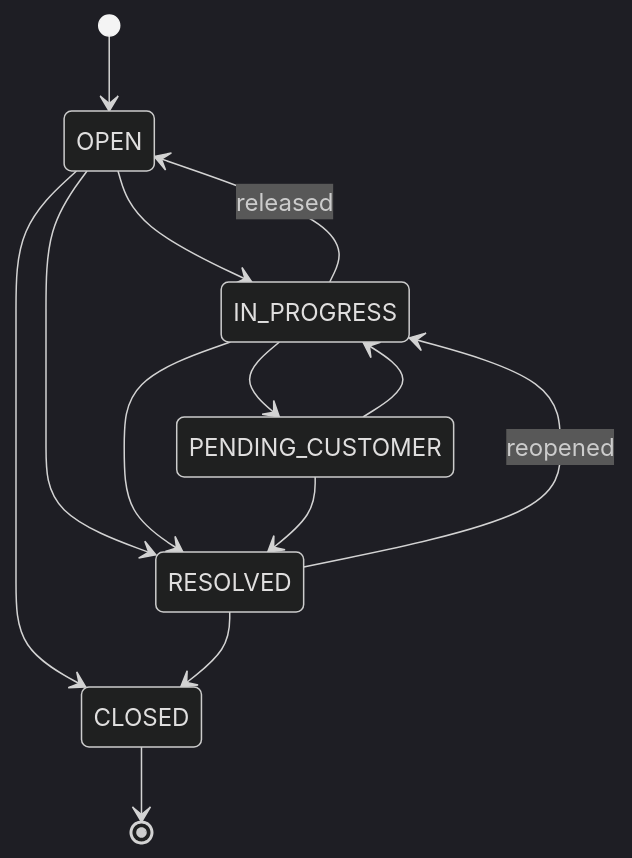
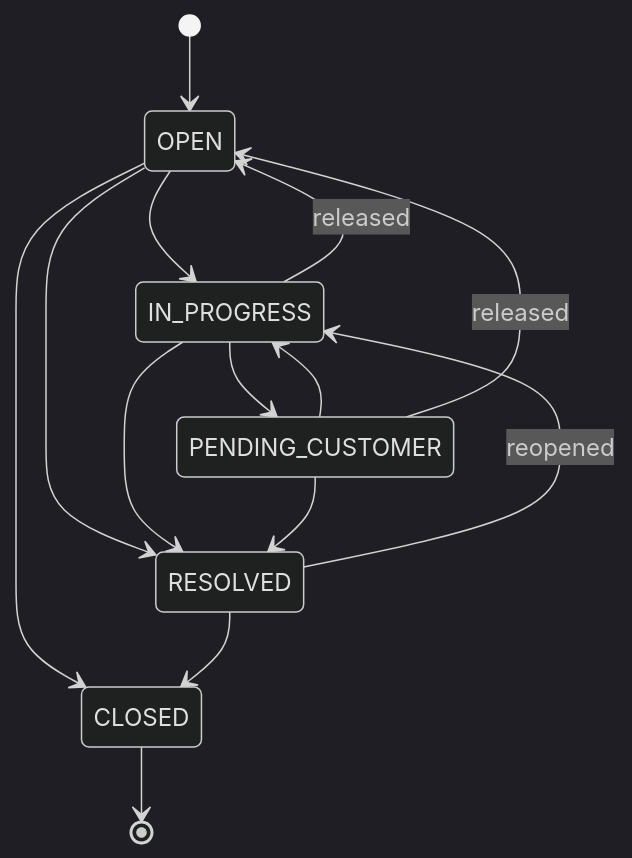
One commit to Javs-Arbulu/Prueba-tecnica changed the second of 2 diagrams in README.md. Above: the diagram before and after it, drawn with Mermaid (dark theme). The commit also changed other lines of this file and 10 other files, not shown here.

````diff
--- a/README.md
+++ b/README.md
@@ -137,15 +137,16 @@
 ```mermaid
 stateDiagram-v2
     [*] --> OPEN
     OPEN --> IN_PROGRESS
     OPEN --> RESOLVED
     OPEN --> CLOSED
     IN_PROGRESS --> PENDING_CUSTOMER
     IN_PROGRESS --> RESOLVED
     IN_PROGRESS --> OPEN : released
     PENDING_CUSTOMER --> IN_PROGRESS
     PENDING_CUSTOMER --> RESOLVED
+    PENDING_CUSTOMER --> OPEN : released
     RESOLVED --> CLOSED
     RESOLVED --> IN_PROGRESS : reopened
     CLOSED --> [*]
 ```
````
